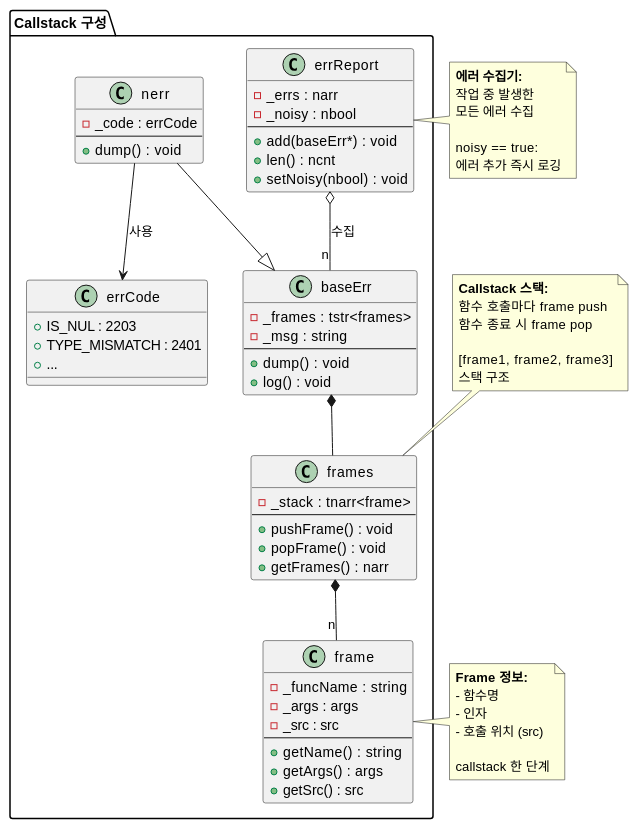
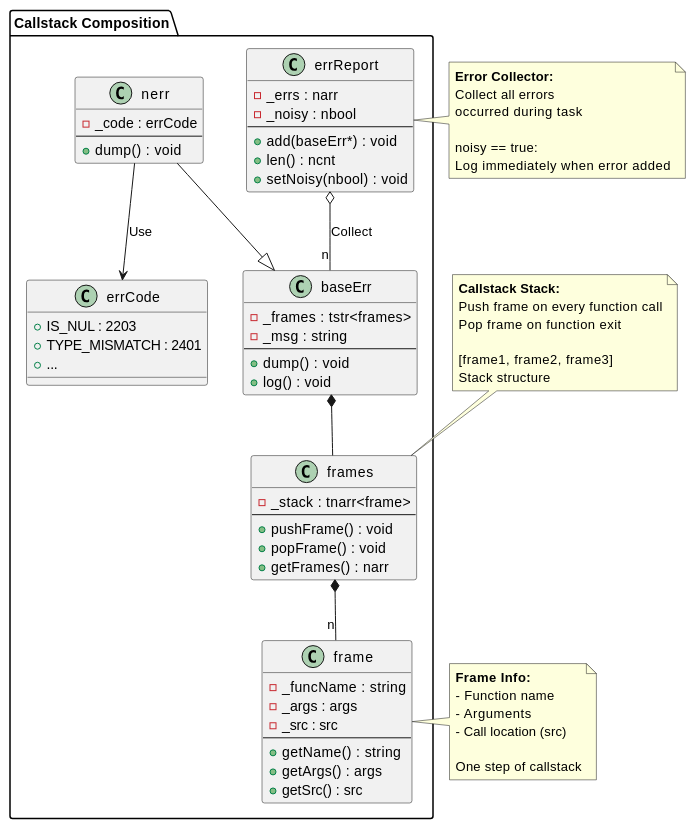
One commit to byeolang/byeol changed diagram 18 of 19 in doc/ref/ko/ai-architecture-core.md. Above: the diagram before and after it, drawn with PlantUML. The commit also changed other lines of this file, not shown here.

Commit message:
doc(core): translate english in plantuml to korean

```diff
--- a/doc/ref/ko/ai-architecture-core.md
+++ b/doc/ref/ko/ai-architecture-core.md
@@ -3970,5 +3970,6 @@
 @startuml
-package "Callstack 구성" {
+
+package "Callstack Composition" {
     class "frames" as frames {
         - _stack : tnarr<frame>
         ---
@@ -4018,36 +4019,35 @@
 }
 
 note top of frames
-  <b>Callstack 스택:</b>
-  함수 호출마다 frame push
-  함수 종료 시 frame pop
+  <b>Callstack Stack:</b>
+  Push frame on every function call
+  Pop frame on function exit
 
   [frame1, frame2, frame3]
-  스택 구조
+  Stack structure
 end note
 
 note right of frame
-  <b>Frame 정보:</b>
-  - 함수명
-  - 인자
-  - 호출 위치 (src)
+  <b>Frame Info:</b>
+  - Function name
+  - Arguments
+  - Call location (src)
 
-  callstack 한 단계
+  One step of callstack
 end note
 
 note right of errReport
-  <b>에러 수집기:</b>
-  작업 중 발생한
-  모든 에러 수집
+  <b>Error Collector:</b>
+  Collect all errors
+  occurred during task
 
   noisy == true:
-  에러 추가 즉시 로깅
+  Log immediately when error added
 end note
 
 frames *-- "n" frame
 baseErr *-- frames
 nerr --|> baseErr
-errReport o-- "n" baseErr : 수집
-nerr --> errCode : 사용
-
+errReport o-- "n" baseErr : Collect
+nerr --> errCode : Use
 @enduml
```
